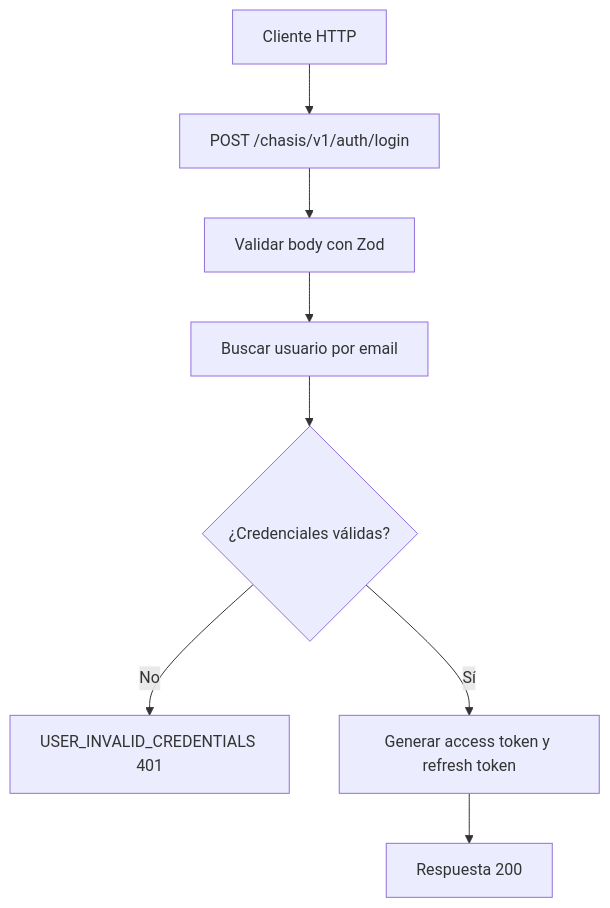
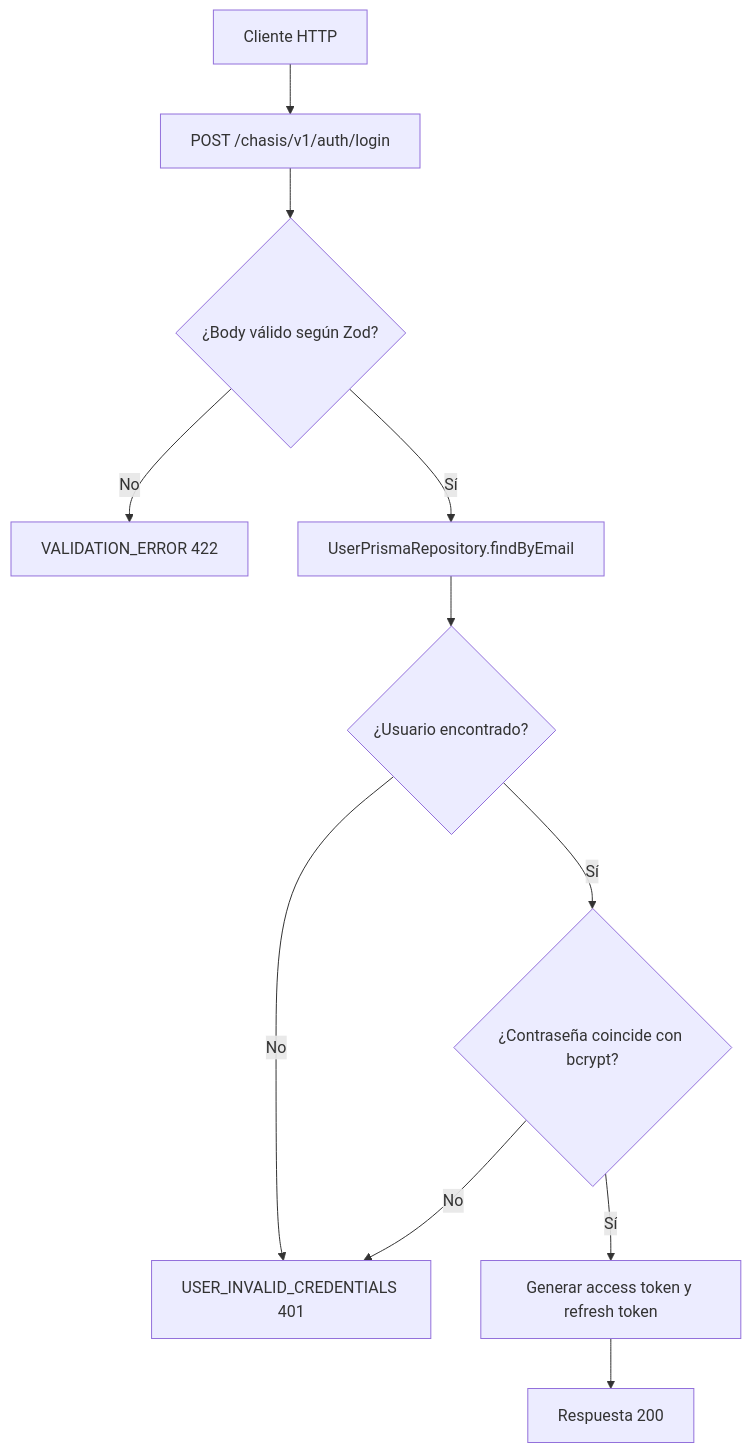
Before and after one commit to jac2206/chasis-express-ts: the diagram in docs/use-case/login-user.md, drawn with Mermaid. The commit also changed 25 other files, not shown here.

````diff
--- a/docs/use-case/login-user.md
+++ b/docs/use-case/login-user.md
@@ -74,10 +74,13 @@
 ```mermaid
 flowchart TD
     A[Cliente HTTP] --> B[POST /chasis/v1/auth/login]
-    B --> C[Validar body con Zod]
-    C --> D[Buscar usuario por email]
-    D --> E{¿Credenciales válidas?}
+    B --> C{¿Body válido según Zod?}
+    C -- No --> V[VALIDATION_ERROR 422]
+    C -- Sí --> D[UserPrismaRepository.findByEmail]
+    D --> E{¿Usuario encontrado?}
     E -- No --> F[USER_INVALID_CREDENTIALS 401]
-    E -- Sí --> G[Generar access token y refresh token]
-    G --> H[Respuesta 200]
+    E -- Sí --> G{¿Contraseña coincide con bcrypt?}
+    G -- No --> F
+    G -- Sí --> H[Generar access token y refresh token]
+    H --> I[Respuesta 200]
 ```
````
